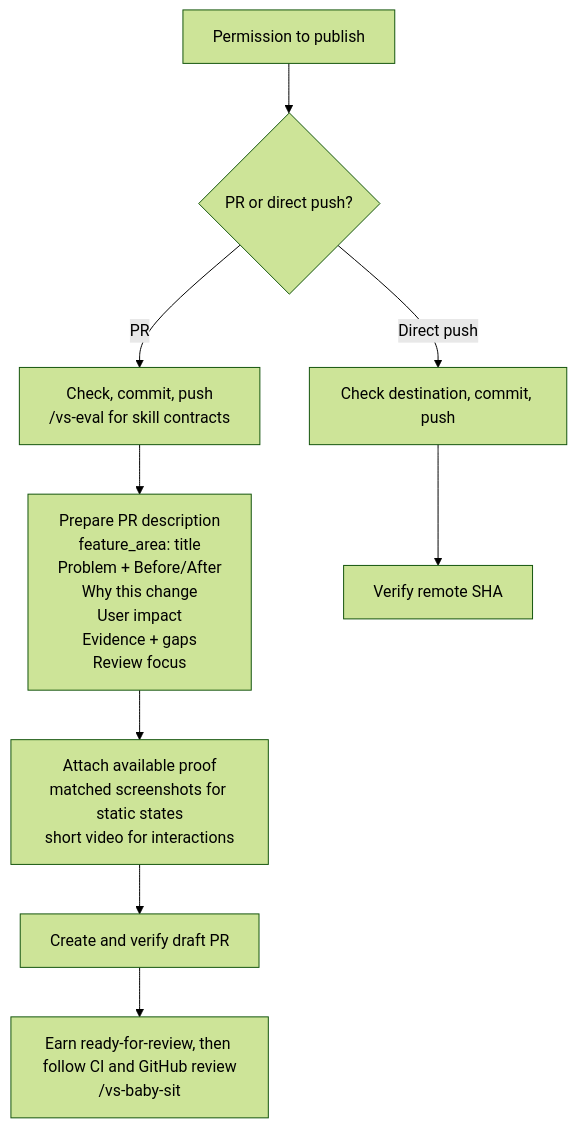
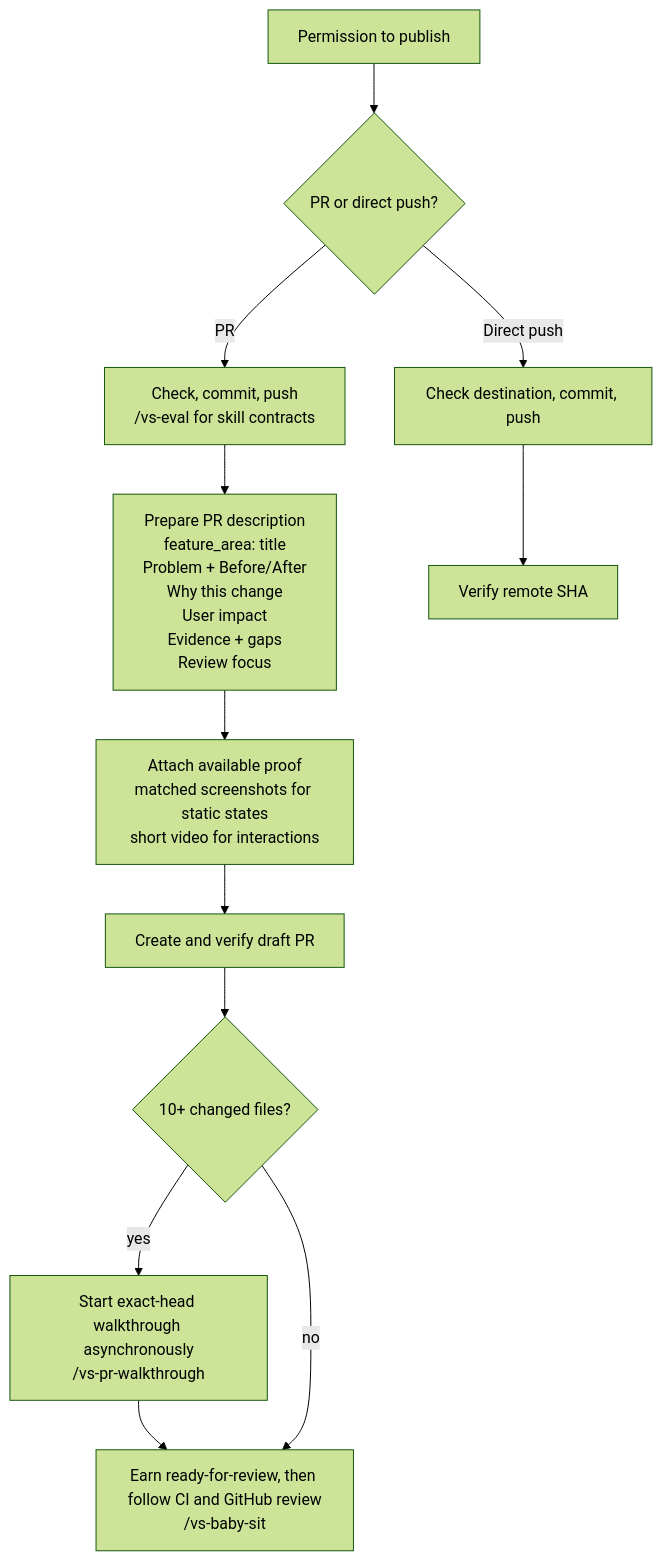
Before and after one commit to vltansky/vs: the fourth of 4 diagrams in README.md, drawn with Mermaid (forest theme). The commit also changed other lines of this file and 10 other files, not shown here.

````diff
--- a/README.md
+++ b/README.md
@@ -102,9 +102,11 @@
 ```mermaid
 flowchart TD
     I[Permission to publish] --> D{PR or direct push?}
     D -- PR --> C["Check, commit, push<br/>/vs-eval for skill contracts"]
     C --> B["Prepare PR description<br/>feature_area: title<br/>Problem + Before/After<br/>Why this change<br/>User impact<br/>Evidence + gaps<br/>Review focus"]
     B --> M["Attach available proof<br/>matched screenshots for static states<br/>short video for interactions"]
-    M --> O[Create and verify draft PR] --> W["Earn ready-for-review, then follow CI and GitHub review<br/>/vs-baby-sit"]
+    M --> O[Create and verify draft PR] --> L{10+ changed files?}
+    L -- yes --> T["Start exact-head walkthrough asynchronously<br/>/vs-pr-walkthrough"] --> W["Earn ready-for-review, then follow CI and GitHub review<br/>/vs-baby-sit"]
+    L -- no --> W
     D -- Direct push --> F[Check destination, commit, push] --> S[Verify remote SHA]
 ```
````
